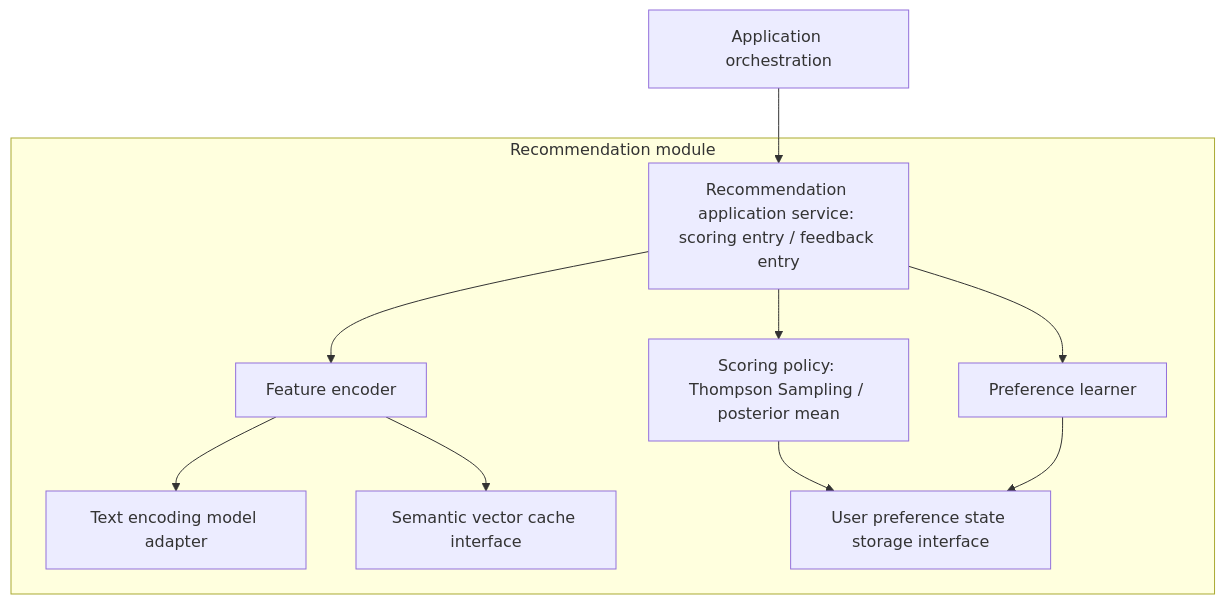
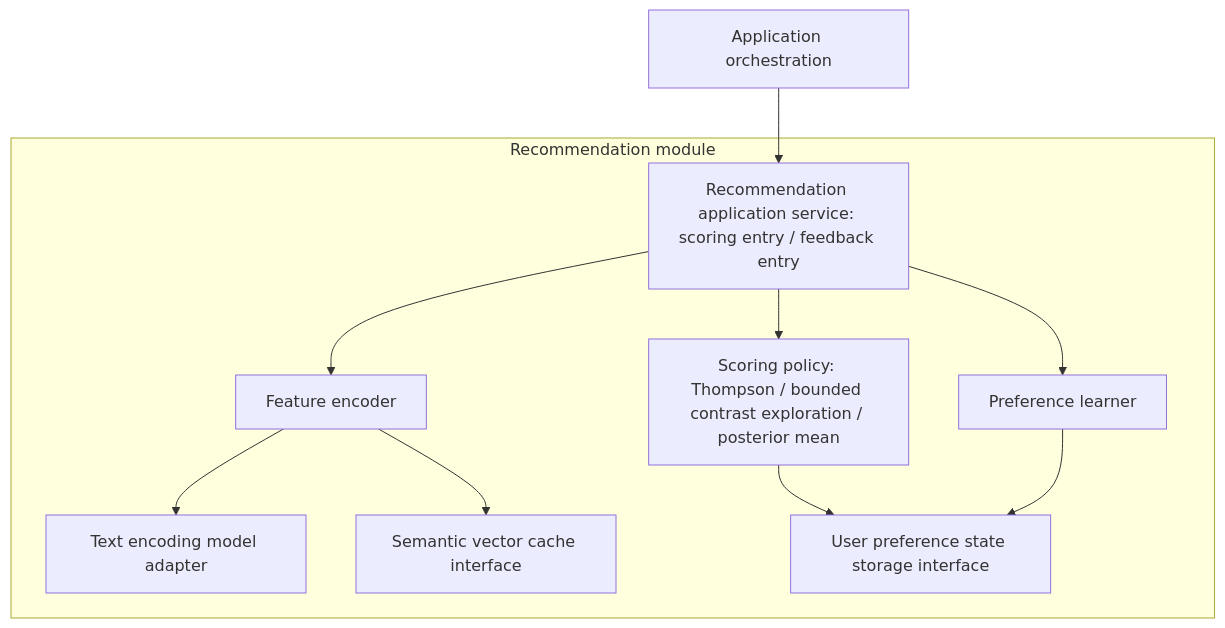
The first of 2 diagrams in docs/dev/architecture/recommendation.md (Lykr/pictide), drawn with Mermaid before and after one commit. The commit also changed other lines of this file and 9 other files, not shown here.

First line of the commit message:
feat(recommendation): add bounded tag contrast exploration

````diff
--- a/docs/dev/architecture/recommendation.md
+++ b/docs/dev/architecture/recommendation.md
@@ -15,21 +15,21 @@
 ```mermaid
 flowchart TD
     App["Application orchestration"]
     subgraph Rec["Recommendation module"]
         Service["Recommendation application service: scoring entry / feedback entry"]
         Features["Feature encoder"]
-        Scorer["Scoring policy: Thompson Sampling / posterior mean"]
+        Scorer["Scoring policy: Thompson / bounded contrast exploration / posterior mean"]
         Learner["Preference learner"]
         Model["Text encoding model adapter"]
         Cache["Semantic vector cache interface"]
         State["User preference state storage interface"]
         Service --> Features
         Service --> Scorer
         Service --> Learner
         Features --> Model
         Features --> Cache
         Scorer --> State
         Learner --> State
     end
     App --> Service
 ```
````
